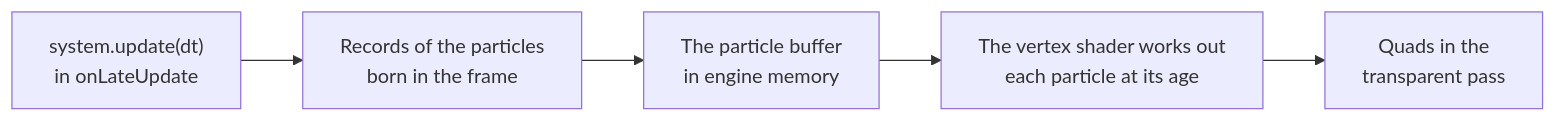
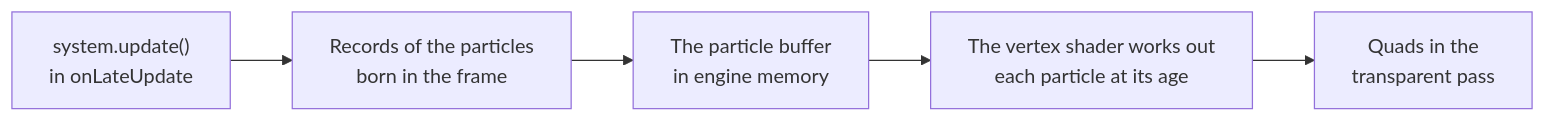
The diagram in docs/api/particles.md (null3d-engine/null3d), drawn with Mermaid before and after one commit. The commit also changed other lines of this file and 26 other files, not shown here.

````diff
--- a/docs/api/particles.md
+++ b/docs/api/particles.md
@@ -13,7 +13,7 @@
 ```mermaid
 flowchart LR
-    update["system.update(dt)<br/>in onLateUpdate"] --> births["Records of the particles<br/>born in the frame"]
+    update["system.update()<br/>in onLateUpdate"] --> births["Records of the particles<br/>born in the frame"]
     births --> buffer["The particle buffer<br/>in engine memory"]
     buffer --> gpu["The vertex shader works out<br/>each particle at its age"]
     gpu --> screen["Quads in the<br/>transparent pass"]
 ```
````
